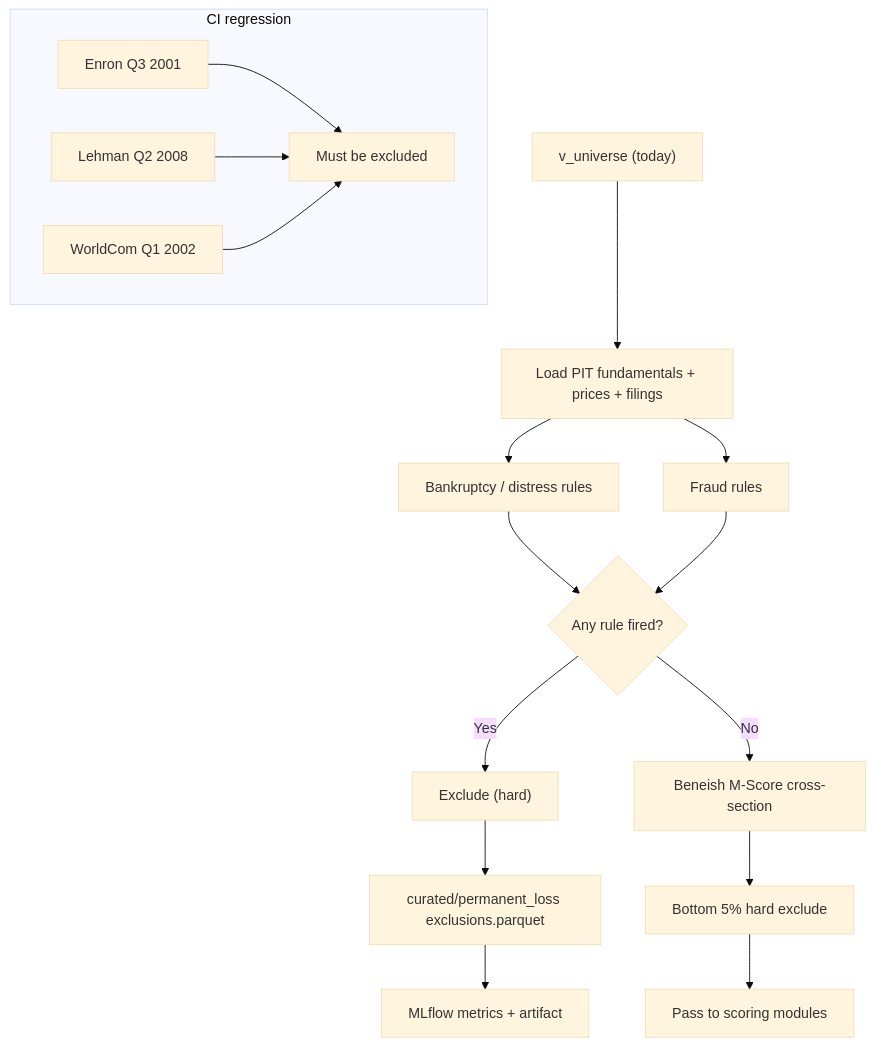
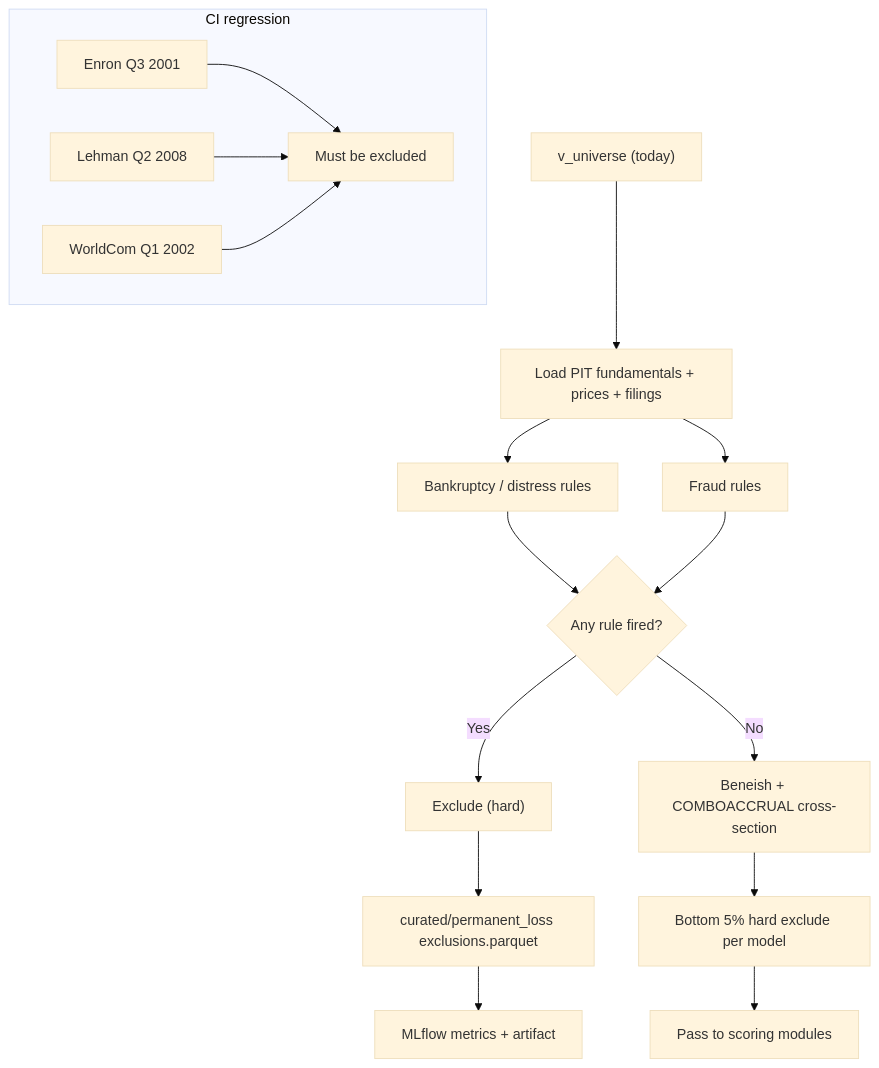
The diagram in spec/features/008-permanent-loss-filter/spec.md (JLaborda/SmartWealthAI), drawn with Mermaid (base theme) before and after one commit. The commit also changed other lines of this file and 11 other files, not shown here.

First line of the commit message:
feat(forensic): add STA, SNOA, and COMBOACCRUAL bottom-5% gate

````diff
--- a/spec/features/008-permanent-loss-filter/spec.md
+++ b/spec/features/008-permanent-loss-filter/spec.md
@@ -109,23 +116,23 @@
 ```mermaid
 flowchart TD
     Universe["v_universe (today)"] --> Loader["Load PIT fundamentals + prices + filings"]
     Loader --> Bankruptcy["Bankruptcy / distress rules"]
     Loader --> Fraud["Fraud rules"]
 
     Bankruptcy --> Decision{"Any rule fired?"}
     Fraud --> Decision
 
     Decision -->|Yes| Exclude["Exclude (hard)"]
-    Decision -->|No| Beneish["Beneish M-Score cross-section"]
-    Beneish --> Gate["Bottom 5% hard exclude"]
+    Decision -->|No| Manipulation["Beneish + COMBOACCRUAL cross-section"]
+    Manipulation --> Gate["Bottom 5% hard exclude per model"]
     Gate --> Pass["Pass to scoring modules"]
 
     Exclude --> Output["curated/permanent_loss exclusions.parquet"]
     Output --> MLflow["MLflow metrics + artifact"]
 
     subgraph Tests["CI regression"]
         Enron["Enron Q3 2001"] --> RegTest["Must be excluded"]
         Lehman["Lehman Q2 2008"] --> RegTest
         WorldCom["WorldCom Q1 2002"] --> RegTest
     end
 ```
````
